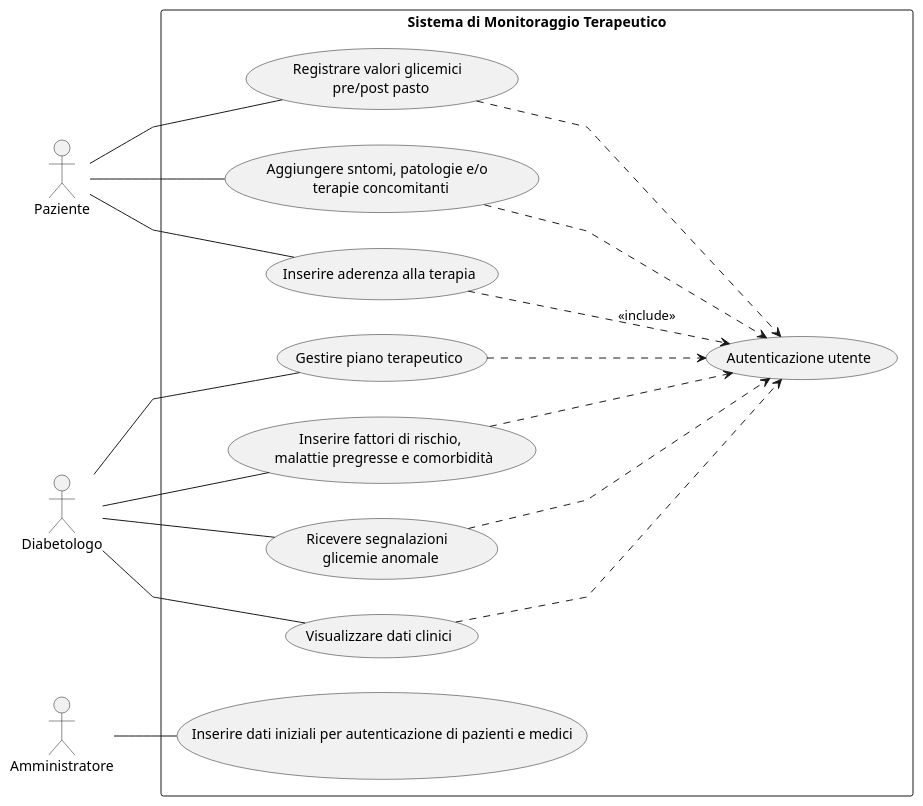
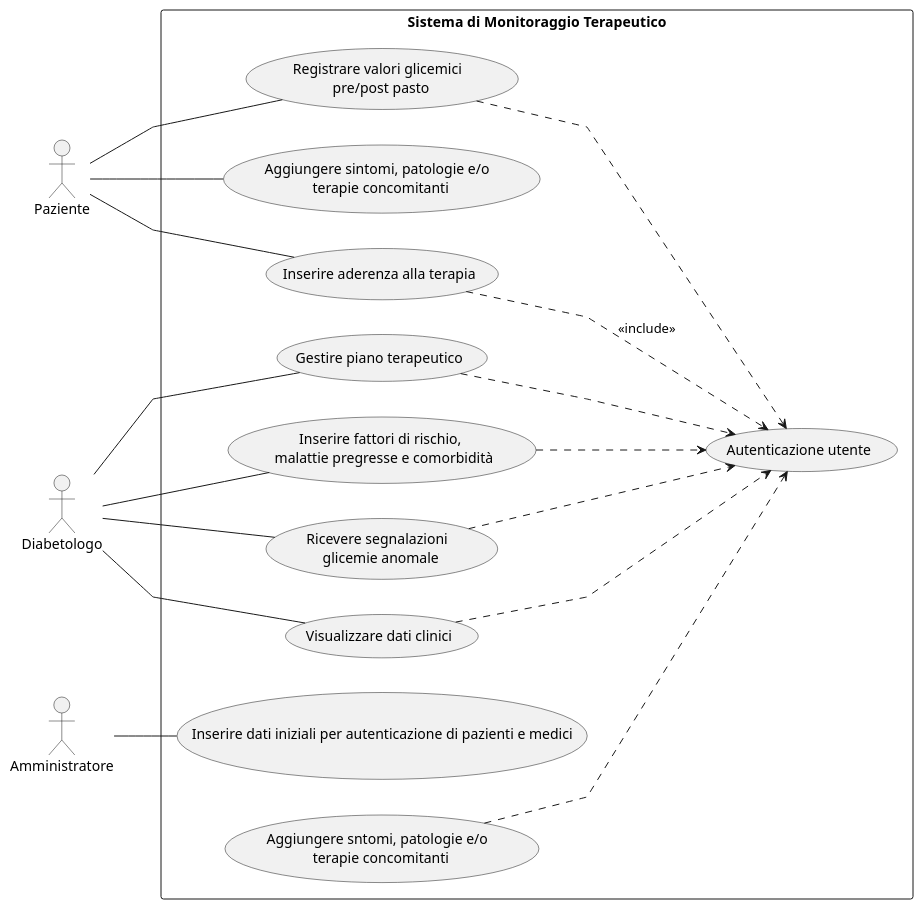
One commit to xMxrgan/Software-Engineering changed the diagram in diagrammi/usercase.puml. Above: the diagram before and after it, drawn with PlantUML. The commit also changed 11 other files, not shown here.

Commit message:
diagrammi UC

```diff
--- a/diagrammi/usercase.puml
+++ b/diagrammi/usercase.puml
@@ -1,33 +1,33 @@
 @startuml usercase
 skinparam linetype polyline
 left to right direction
 actor Paziente
 actor Diabetologo
 actor Amministratore
 
 rectangle "Sistema di Monitoraggio Terapeutico" {
 
 :Paziente: -- (Registrare valori glicemici \n pre/post pasto)
-:Paziente: -- (Aggiungere sntomi, patologie e/o \n terapie concomitanti)
+:Paziente: -- (Aggiungere sintomi, patologie e/o \n terapie concomitanti)
 :Paziente: -- (Inserire aderenza alla terapia)
 
 :Diabetologo: -- (Gestire piano terapeutico)
 :Diabetologo: -- (Inserire fattori di rischio, \n malattie pregresse e comorbidità)
 :Diabetologo: -- (Ricevere segnalazioni \n glicemie anomale)
 :Diabetologo: -- (Visualizzare dati clinici)
 
 :Amministratore: -- (Inserire dati iniziali per autenticazione di pazienti e medici)
 
 (Inserire aderenza alla terapia) ..> (Autenticazione utente) : <<include>>
 (Aggiungere sntomi, patologie e/o \n terapie concomitanti) ..> (Autenticazione utente)
 (Registrare valori glicemici \n pre/post pasto) ..> (Autenticazione utente)
 (Gestire piano terapeutico) ..> (Autenticazione utente)
 (Ricevere segnalazioni \n glicemie anomale) ..> (Autenticazione utente)
 (Inserire fattori di rischio, \n malattie pregresse e comorbidità) ..> (Autenticazione utente)
 (Visualizzare dati clinici) ..> (Autenticazione utente)
 
 
 
 }
 
 @enduml
```
